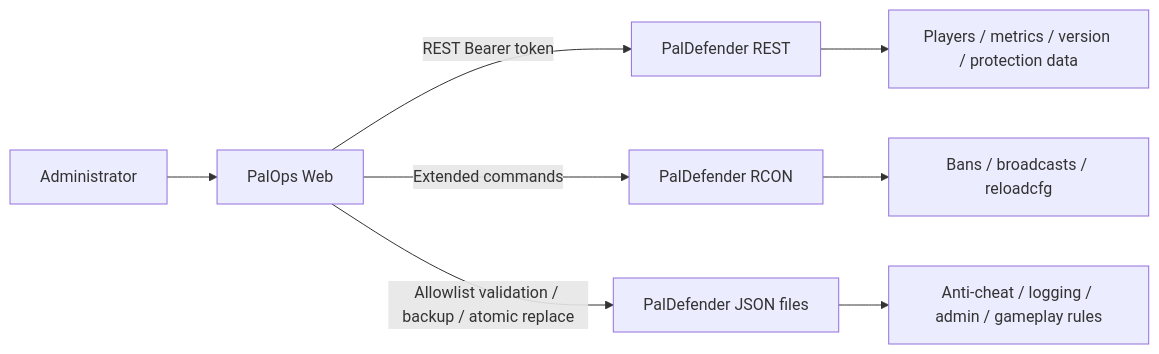
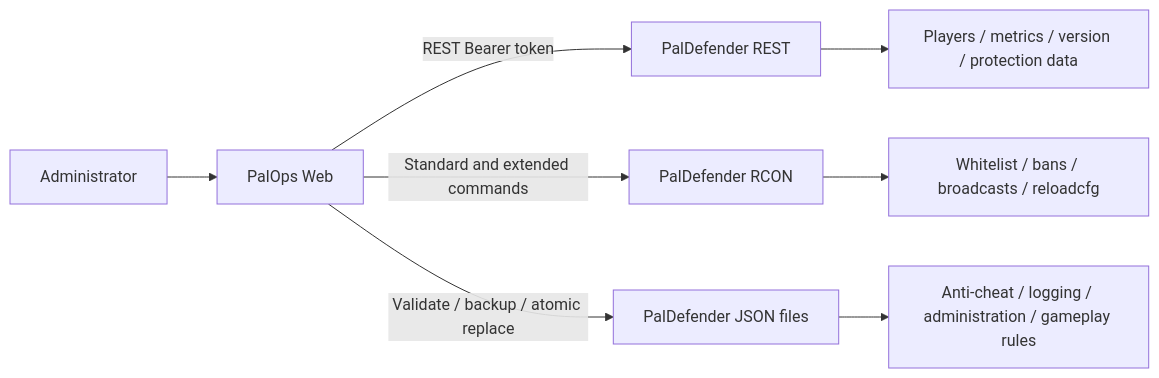
One commit to CoderYiXin/PalOpsWeb changed the first of 2 diagrams in README.en.md. Above: the diagram before and after it, drawn with Mermaid. The commit also changed other lines of this file and 186 other files, not shown here.

````diff
--- a/README.en.md
+++ b/README.en.md
@@ -131,10 +202,10 @@
 ```mermaid
 flowchart LR
     Admin[Administrator] --> PalOps[PalOps Web]
     PalOps -->|REST Bearer token| PDREST[PalDefender REST]
-    PalOps -->|Extended commands| RCON[PalDefender RCON]
-    PalOps -->|Allowlist validation / backup / atomic replace| Config[PalDefender JSON files]
+    PalOps -->|Standard and extended commands| RCON[PalDefender RCON]
+    PalOps -->|Validate / backup / atomic replace| Config[PalDefender JSON files]
     PDREST --> Runtime[Players / metrics / version / protection data]
-    RCON --> Operations[Bans / broadcasts / reloadcfg]
-    Config --> Protection[Anti-cheat / logging / admin / gameplay rules]
+    RCON --> Operations[Whitelist / bans / broadcasts / reloadcfg]
+    Config --> Protection[Anti-cheat / logging / administration / gameplay rules]
 ```
````
